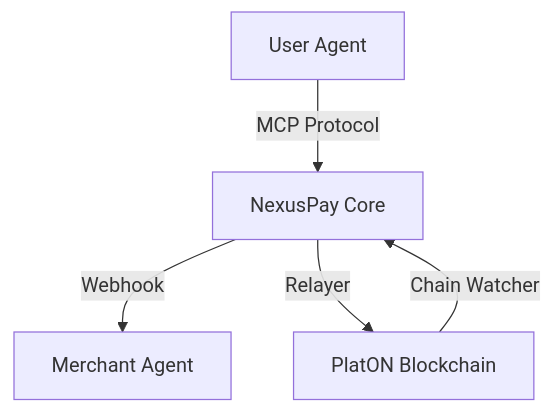
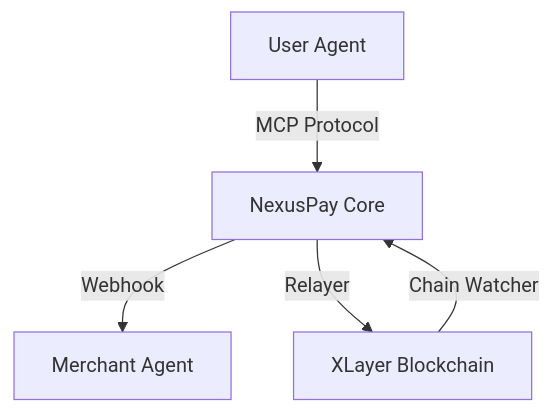
The diagram in README.md (rocloveai/XAgentPay-public), drawn with Mermaid before and after one commit. The commit also changed other lines of this file and 4 other files, not shown here.

````diff
--- a/README.md
+++ b/README.md
@@ -18,7 +18,7 @@
 ```mermaid
 graph TD
     UA[User Agent] -- MCP Protocol --> NPC[NexusPay Core]
     NPC -- Webhook --> MA[Merchant Agent]
-    NPC -- Relayer --> BC[PlatON Blockchain]
+    NPC -- Relayer --> BC[XLayer Blockchain]
     BC -- Chain Watcher --> NPC
 ```
````
